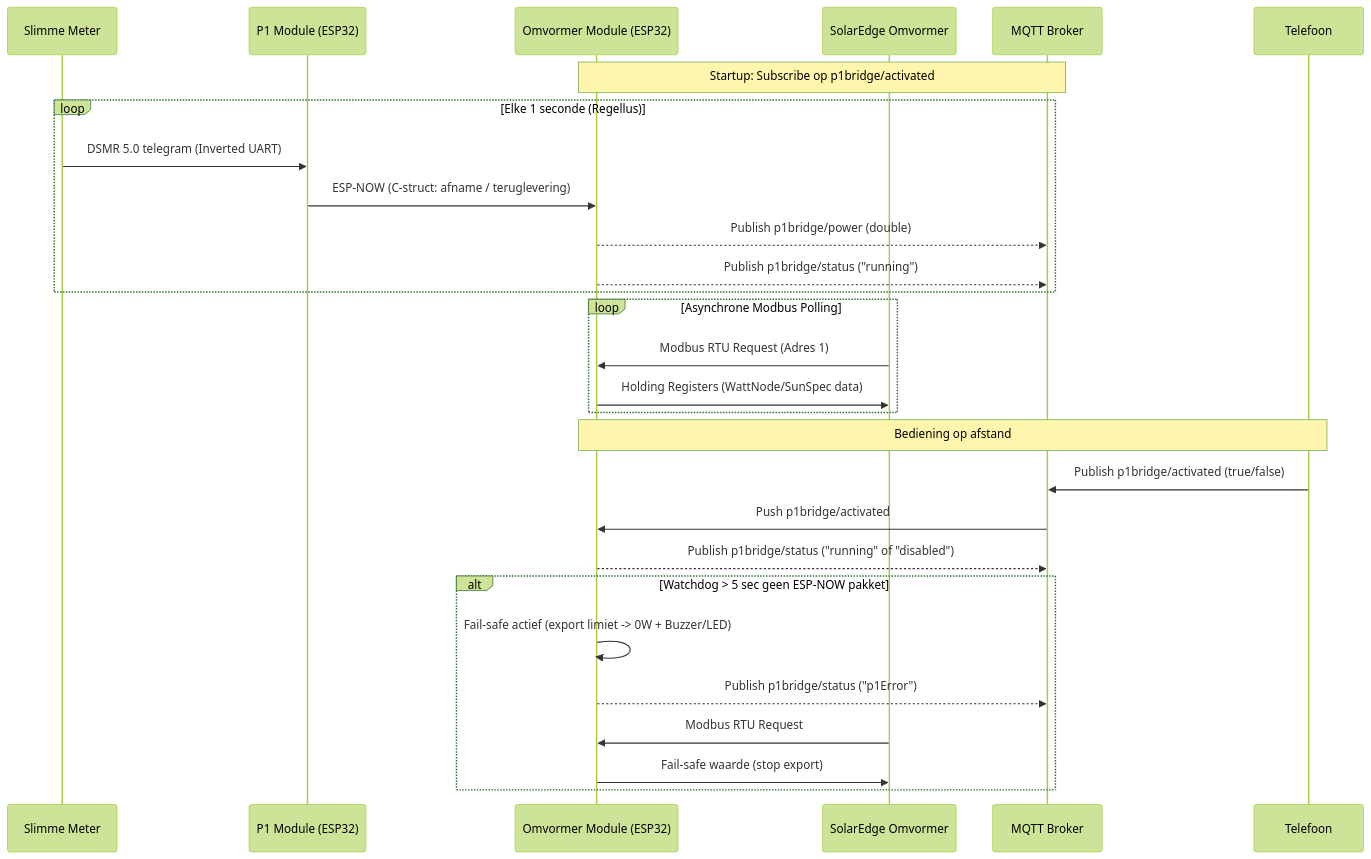
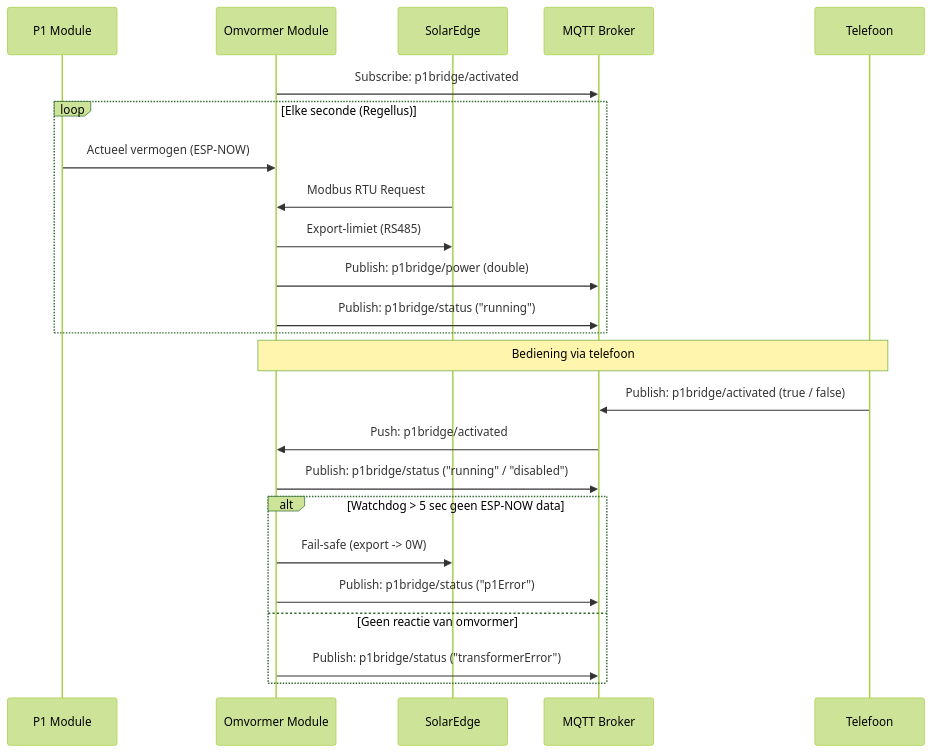
The diagram in documentation/activitydiagram.md (HexiDevs/OpenP1Bridge), drawn with Mermaid (forest theme) before and after one commit.

Commit message:
Refactor activity diagram for clarity and update subproject commit status

````diff
--- a/documentation/activitydiagram.md
+++ b/documentation/activitydiagram.md
@@ -1,35 +1,30 @@
 ```mermaid
 sequenceDiagram
-    participant SM as Slimme Meter
-    participant P1 as P1 Module (ESP32)
-    participant MB as Omvormer Module (ESP32)
-    participant SE as SolarEdge Omvormer
+    participant P1 as P1 Module
+    participant MB as Omvormer Module
+    participant SE as SolarEdge
     participant MQTT as MQTT Broker
     participant App as Telefoon
 
-    Note over MB,MQTT: Startup: Subscribe op p1bridge/activated
+    MB->>MQTT: Subscribe: p1bridge/activated
 
-    loop Elke 1 seconde (Regellus)
-        SM->>P1: DSMR 5.0 telegram (Inverted UART)
-        P1->>MB: ESP-NOW (C-struct: afname / teruglevering)
-        MB-->>MQTT: Publish p1bridge/power (double)
-        MB-->>MQTT: Publish p1bridge/status ("running")
+    loop Elke seconde (Regellus)
+        P1->>MB: Actueel vermogen (ESP-NOW)
+        SE->>MB: Modbus RTU Request
+        MB->>SE: Export-limiet (RS485)
+        MB->>MQTT: Publish: p1bridge/power (double)
+        MB->>MQTT: Publish: p1bridge/status ("running")
     end
 
-    loop Asynchrone Modbus Polling
-        SE->>MB: Modbus RTU Request (Adres 1)
-        MB->>SE: Holding Registers (WattNode/SunSpec data)
-    end
+    Note over App,MB: Bediening via telefoon
+    App->>MQTT: Publish: p1bridge/activated (true / false)
+    MQTT->>MB: Push: p1bridge/activated
+    MB->>MQTT: Publish: p1bridge/status ("running" / "disabled")
 
-    Note over App,MB: Bediening op afstand
-    App->>MQTT: Publish p1bridge/activated (true/false)
-    MQTT->>MB: Push p1bridge/activated
-    MB-->>MQTT: Publish p1bridge/status ("running" of "disabled")
-
-    alt Watchdog > 5 sec geen ESP-NOW pakket
-        MB->>MB: Fail-safe actief (export limiet -> 0W + Buzzer/LED)
-        MB-->>MQTT: Publish p1bridge/status ("p1Error")
-        SE->>MB: Modbus RTU Request
-        MB->>SE: Fail-safe waarde (stop export)
+    alt Watchdog > 5 sec geen ESP-NOW data
+        MB->>SE: Fail-safe (export -> 0W)
+        MB->>MQTT: Publish: p1bridge/status ("p1Error")
+    else Geen reactie van omvormer
+        MB->>MQTT: Publish: p1bridge/status ("transformerError")
     end
 ```
````
